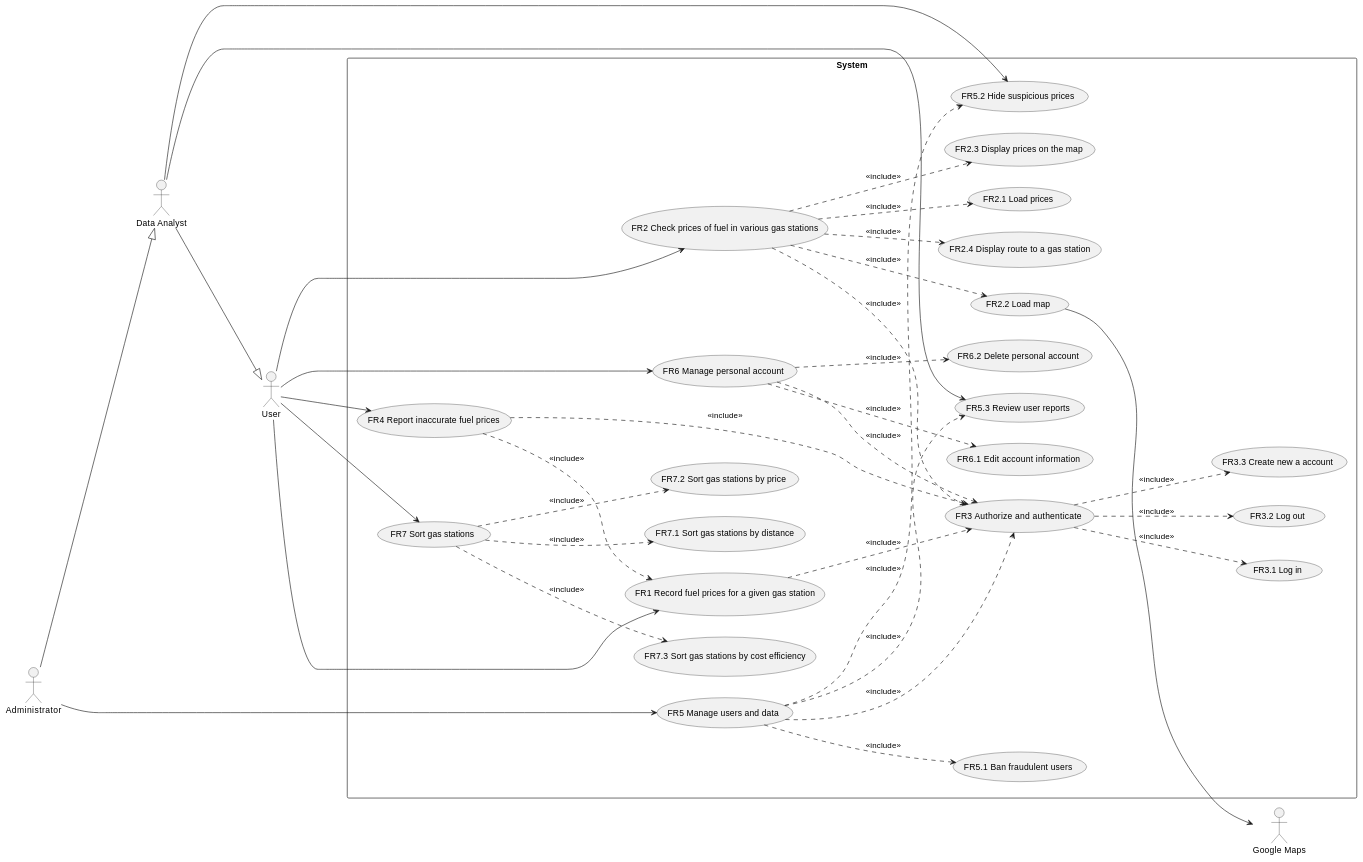
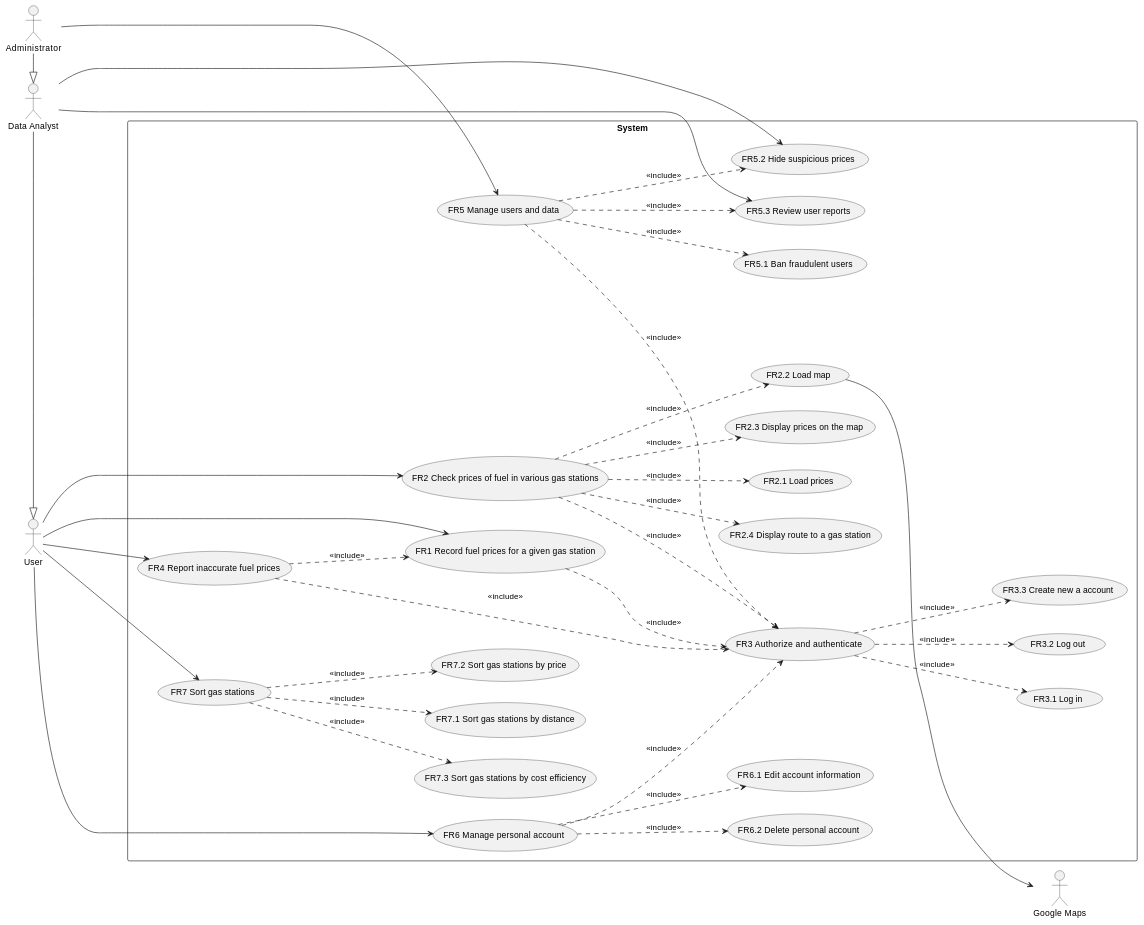
One commit to mosTavassoli/ezgas changed the second of 4 diagrams in docs/RequirementsDocument.md. Above: the diagram before and after it, drawn with PlantUML.

Commit message:
docs(RequirementsDocument): fix use case diagram display problem

````diff
--- a/docs/RequirementsDocument.md
+++ b/docs/RequirementsDocument.md
@@ -138,42 +138,42 @@
 ```plantuml
 left to right direction
 actor User as u
 actor "Data Analyst" as da
 actor Administrator as admin
 actor "Google Maps" as gm
 rectangle System{
 u ---> (FR1 Record fuel prices for a given gas station)
 u ---> (FR2 Check prices of fuel in various gas stations)
 u ---> (FR4 Report inaccurate fuel prices)
 u ---> (FR6 Manage personal account)
 u ---> (FR7 Sort gas stations)
 admin ---> (FR5 Manage users and data)
-admin ---|> da
+admin -|> da
 da ---> (FR5.2 Hide suspicious prices)
 da ---> (FR5.3 Review user reports)
-da ---|> u
+da -|> u
 (FR2.2 Load map) ---> gm
 
 (FR1 Record fuel prices for a given gas station) ...> (FR3 Authorize and authenticate):<<include>>
 (FR2 Check prices of fuel in various gas stations) ...> (FR2.1 Load prices):<<include>>
 (FR2 Check prices of fuel in various gas stations) ...> (FR2.2 Load map):<<include>>
 (FR2 Check prices of fuel in various gas stations) ...> (FR2.3 Display prices on the map):<<include>>
 (FR2 Check prices of fuel in various gas stations) ...> (FR2.4 Display route to a gas station):<<include>>
 (FR2 Check prices of fuel in various gas stations) ...> (FR3 Authorize and authenticate):<<include>>
 
 (FR3 Authorize and authenticate) ...> (FR3.1 Log in):<<include>>
 (FR3 Authorize and authenticate) ...> (FR3.2 Log out):<<include>>
 (FR3 Authorize and authenticate) ...> (FR3.3 Create new a account):<<include>>
 (FR4 Report inaccurate fuel prices) ...> (FR1 Record fuel prices for a given gas station):<<include>>
 (FR4 Report inaccurate fuel prices) ...> (FR3 Authorize and authenticate):<<include>>
 (FR5 Manage users and data) ...> (FR3 Authorize and authenticate):<<include>>
 (FR5 Manage users and data) ...> (FR5.1 Ban fraudulent users):<<include>>
 (FR5 Manage users and data) ...> (FR5.2 Hide suspicious prices):<<include>>
 (FR5 Manage users and data) ...> (FR5.3 Review user reports):<<include>>
 (FR6 Manage personal account) ...> (FR3 Authorize and authenticate):<<include>>
 (FR6 Manage personal account) ...> (FR6.1 Edit account information):<<include>>
 (FR6 Manage personal account) ...> (FR6.2 Delete personal account):<<include>>
 (FR7 Sort gas stations) ...> (FR7.1 Sort gas stations by distance):<<include>>
 (FR7 Sort gas stations) ...> (FR7.2 Sort gas stations by price):<<include>>
 (FR7 Sort gas stations) ...> (FR7.3 Sort gas stations by cost efficiency):<<include>>
 ```
````
